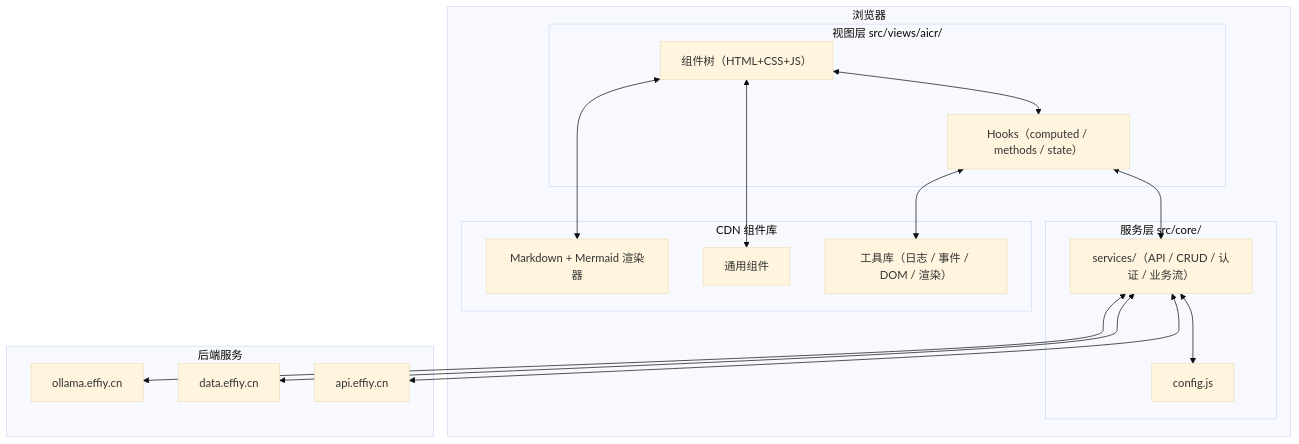
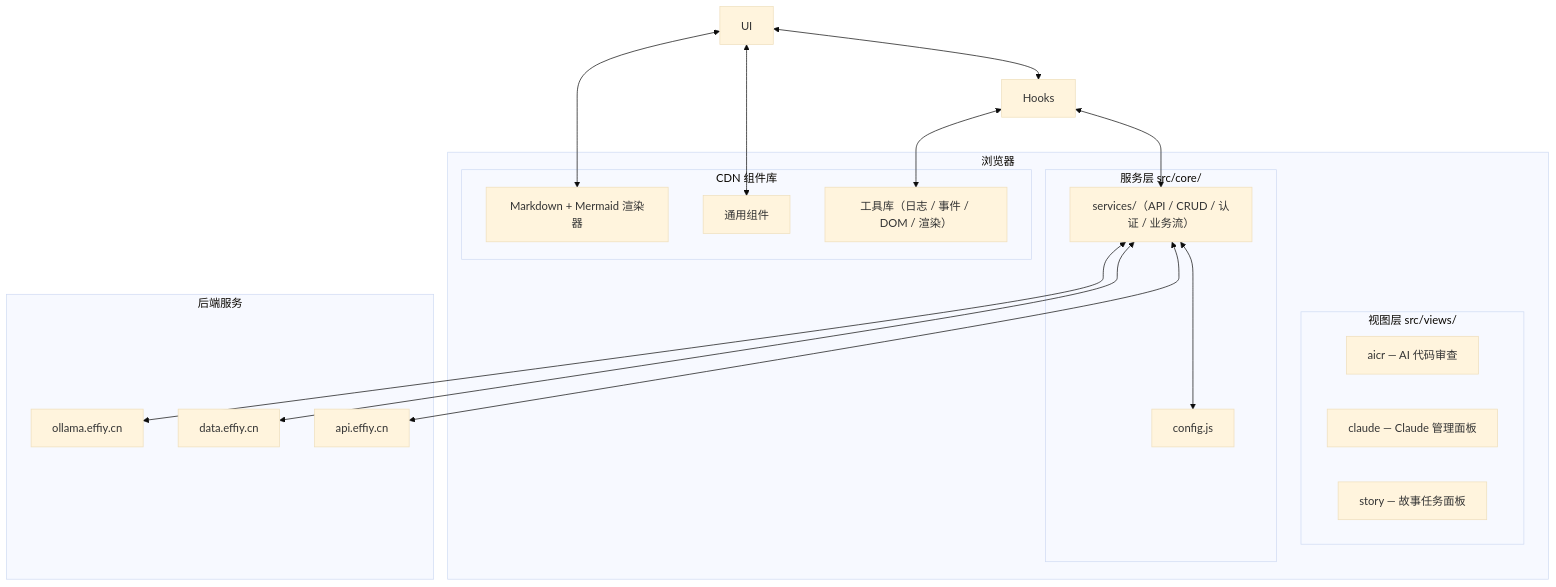
Before and after one commit to effiy/YiWeb: the first of 2 diagrams in README.md, drawn with Mermaid (base theme). The commit also changed other lines of this file and 10 other files, not shown here.

````diff
--- a/README.md
+++ b/README.md
@@ -7,32 +7,33 @@
 ```mermaid
 flowchart TB
     subgraph Browser["浏览器"]
-        subgraph View["视图层 src/views/aicr/"]
-            UI["组件树（HTML+CSS+JS）"]
-            Hooks["Hooks（computed / methods / state）"]
+        subgraph View["视图层 src/views/"]
+            AICR["aicr — AI 代码审查"]
+            ClaudeV["claude — Claude 管理面板"]
+            StoryV["story — 故事任务面板"]
         end
         subgraph Core["服务层 src/core/"]
             Config["config.js"]
             Services["services/（API / CRUD / 认证 / 业务流）"]
         end
         subgraph CDN["CDN 组件库"]
             Comp["通用组件"]
             Utils["工具库（日志 / 事件 / DOM / 渲染）"]
             MD["Markdown + Mermaid 渲染器"]
         end
     end
     subgraph Backend["后端服务"]
         API["api.effiy.cn"]
         Data["data.effiy.cn"]
         Ollama["ollama.effiy.cn"]
     end
     UI <--> Hooks
     Hooks <--> Services
     Services <--> Config
     Services <--> API
     Services <--> Data
     Services <--> Ollama
     UI <--> Comp
     Hooks <--> Utils
     UI <--> MD
 ```
````
